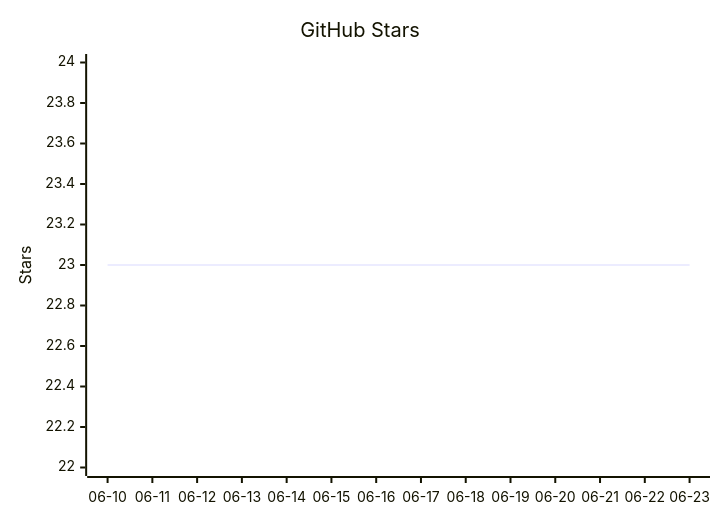
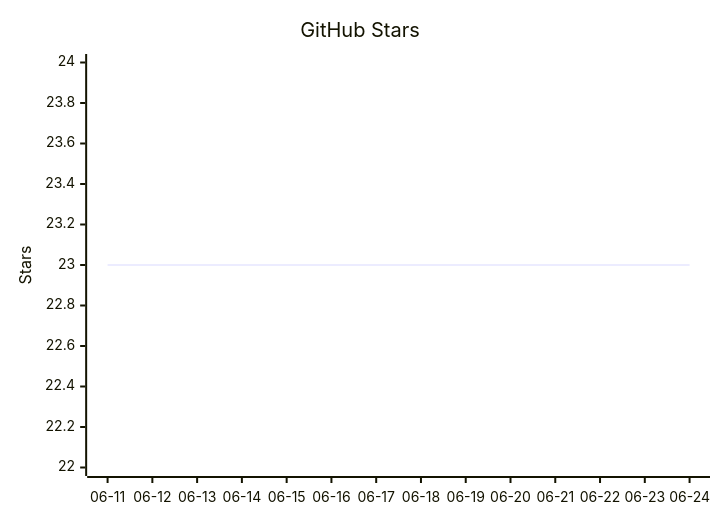
One commit to vectie/moonclaw changed the diagram in README.mbt.md. Above: the diagram before and after it, drawn with Mermaid. The commit also changed other lines of this file and 1 other file, not shown here.

Commit message:
Update README star growth

````diff
--- a/README.mbt.md
+++ b/README.mbt.md
@@ -614,7 +614,7 @@
 ```mermaid
 xychart-beta
     title "GitHub Stars"
-    x-axis ["06-10","06-11","06-12","06-13","06-14","06-15","06-16","06-17","06-18","06-19","06-20","06-21","06-22","06-23"]
+    x-axis ["06-11","06-12","06-13","06-14","06-15","06-16","06-17","06-18","06-19","06-20","06-21","06-22","06-23","06-24"]
     y-axis "Stars" 22 --> 24
     line [23,23,23,23,23,23,23,23,23,23,23,23,23,23]
 ```
````
